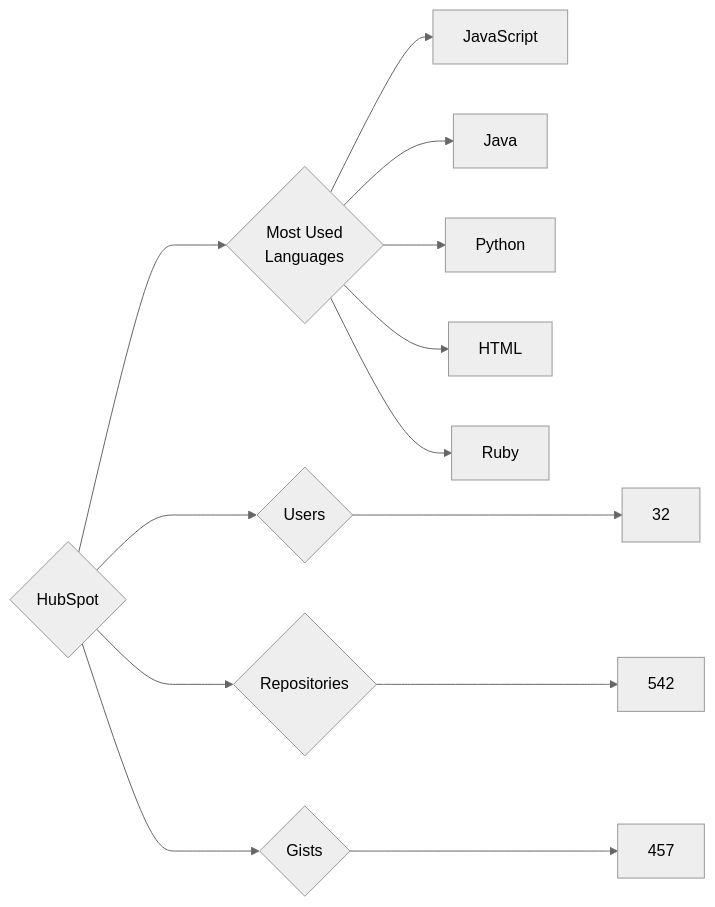
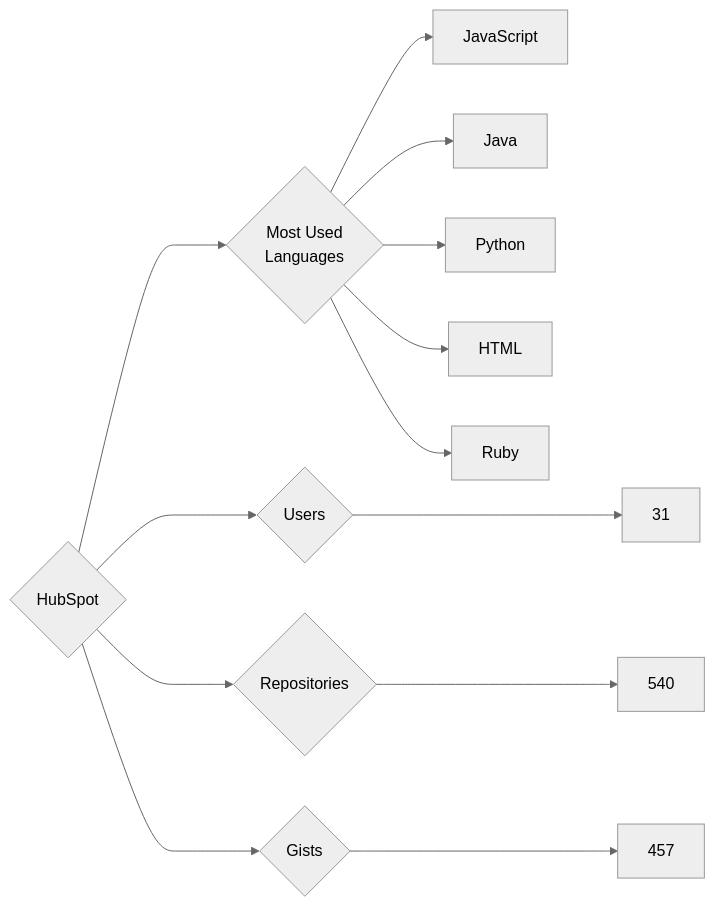
One commit to trickest/insiders changed the diagram in targets/HubSpot/README.md. Above: the diagram before and after it, drawn with Mermaid (neutral theme). The commit also changed 1020 other files, not shown here.

````diff
--- a/targets/HubSpot/README.md
+++ b/targets/HubSpot/README.md
@@ -3,13 +3,13 @@
 ```mermaid
 graph LR
 COMPANY_NAME{HubSpot}
-COMPANY_NAME ---> U{Users} ---> UN[32]
-COMPANY_NAME ---> R{Repositories} ---> RN[542]
+COMPANY_NAME ---> U{Users} ---> UN[31]
+COMPANY_NAME ---> R{Repositories} ---> RN[540]
 COMPANY_NAME ---> G{Gists} ---> GN[457]
 COMPANY_NAME ---> ML{Most Used<br>Languages}
 ML --> JavaScript[JavaScript]
 ML --> Java[Java]
 ML --> Python[Python]
 ML --> HTML[HTML]
 ML --> Ruby[Ruby]
 ```
````
